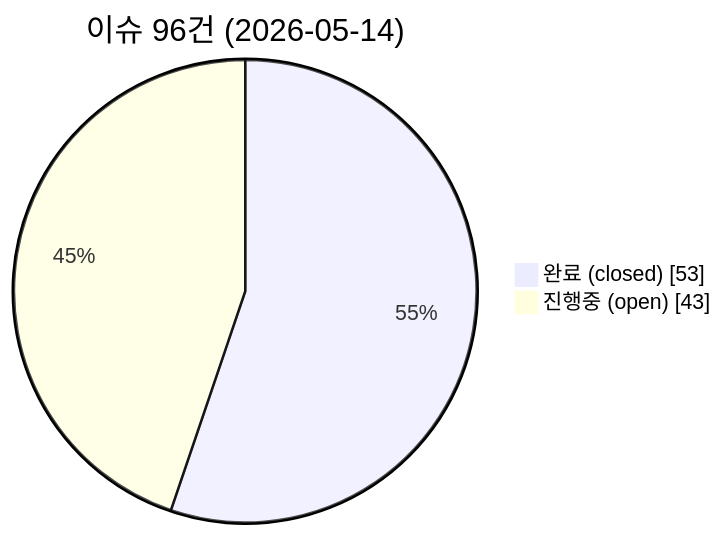
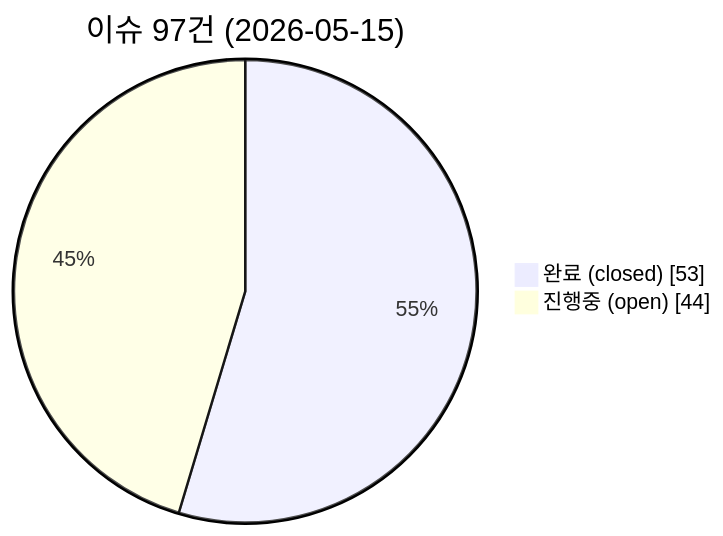
Before and after one commit to holee9/MD-process: the first of 4 diagrams in README.md, drawn with Mermaid. The commit also changed other lines of this file, not shown here.

````diff
--- a/README.md
+++ b/README.md
@@ -89,6 +89,6 @@
 ```mermaid
 pie showData
-    title 이슈 96건 (2026-05-14)
+    title 이슈 97건 (2026-05-15)
     "완료 (closed)" : 53
-    "진행중 (open)" : 43
+    "진행중 (open)" : 44
 ```
````
